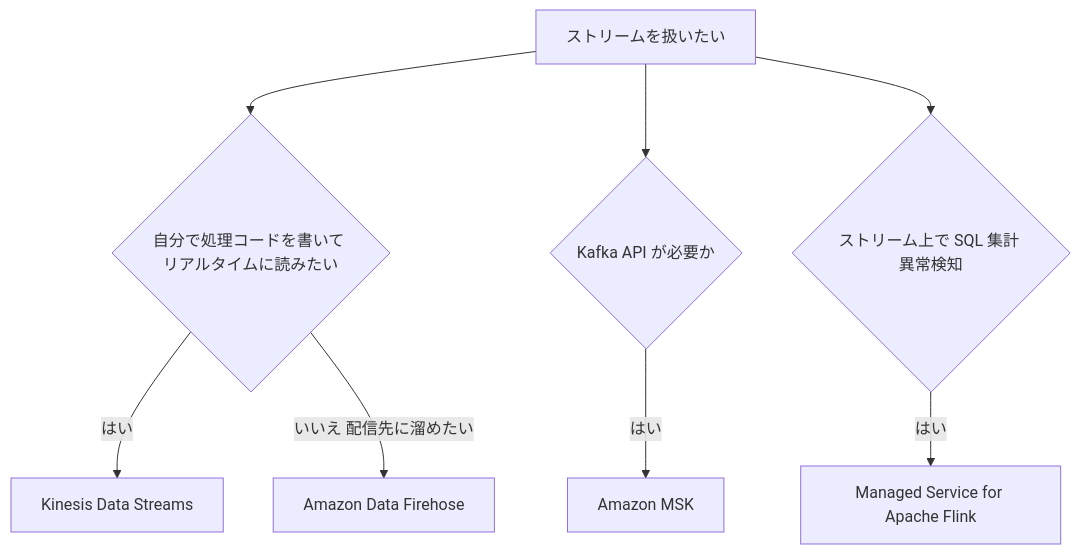
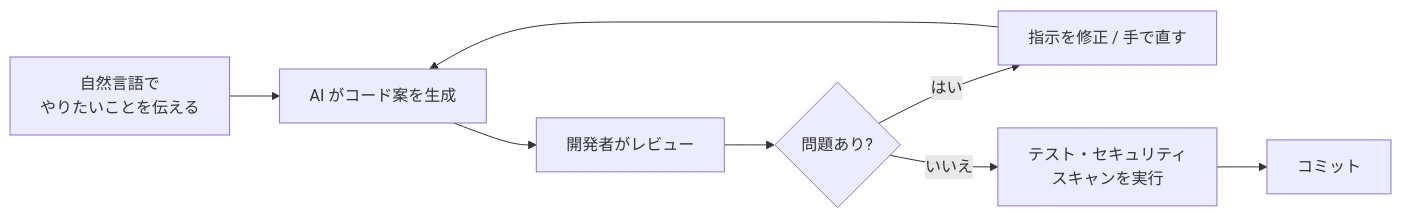
One commit to myoshi2891/Cloud-Infrastructure-and-Network-Studies changed diagram 14 of 31 in Dva-c02-domain1-development-with-aws-services-guide.md. Above: the diagram before and after it, drawn with Mermaid. The commit also changed other lines of this file, not shown here.

````diff
--- a/Dva-c02-domain1-development-with-aws-services-guide.md
+++ b/Dva-c02-domain1-development-with-aws-services-guide.md
@@ -924,10 +1086,10 @@
 ```mermaid
-flowchart TD
-    A["ストリームを扱いたい"] --> B{"自分で処理コードを書いて リアルタイムに読みたい"}
-    B -->|"はい"| C["Kinesis Data Streams"]
-    B -->|"いいえ 配信先に溜めたい"| D["Amazon Data Firehose"]
-    A --> E{"Kafka API が必要か"}
-    E -->|"はい"| F["Amazon MSK"]
-    A --> G{"ストリーム上で SQL 集計 異常検知"}
-    G -->|"はい"| H["Managed Service for Apache Flink"]
+flowchart LR
+    A["自然言語で<br/>やりたいことを伝える"] --> B["AI がコード案を生成"]
+    B --> C["開発者がレビュー"]
+    C --> D{"問題あり?"}
+    D -->|"はい"| E["指示を修正 / 手で直す"]
+    E --> B
+    D -->|"いいえ"| F["テスト・セキュリティ<br/>スキャンを実行"]
+    F --> G["コミット"]
 ```
````
